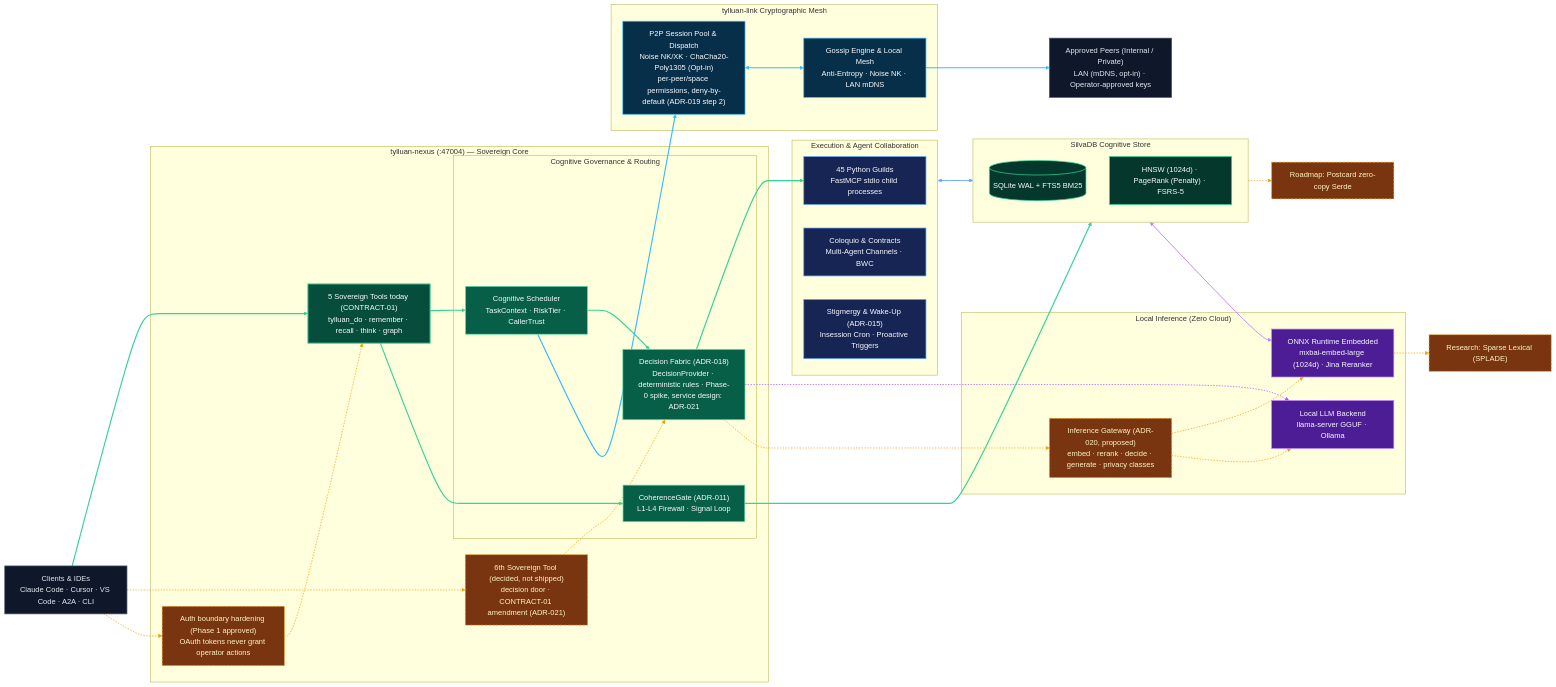
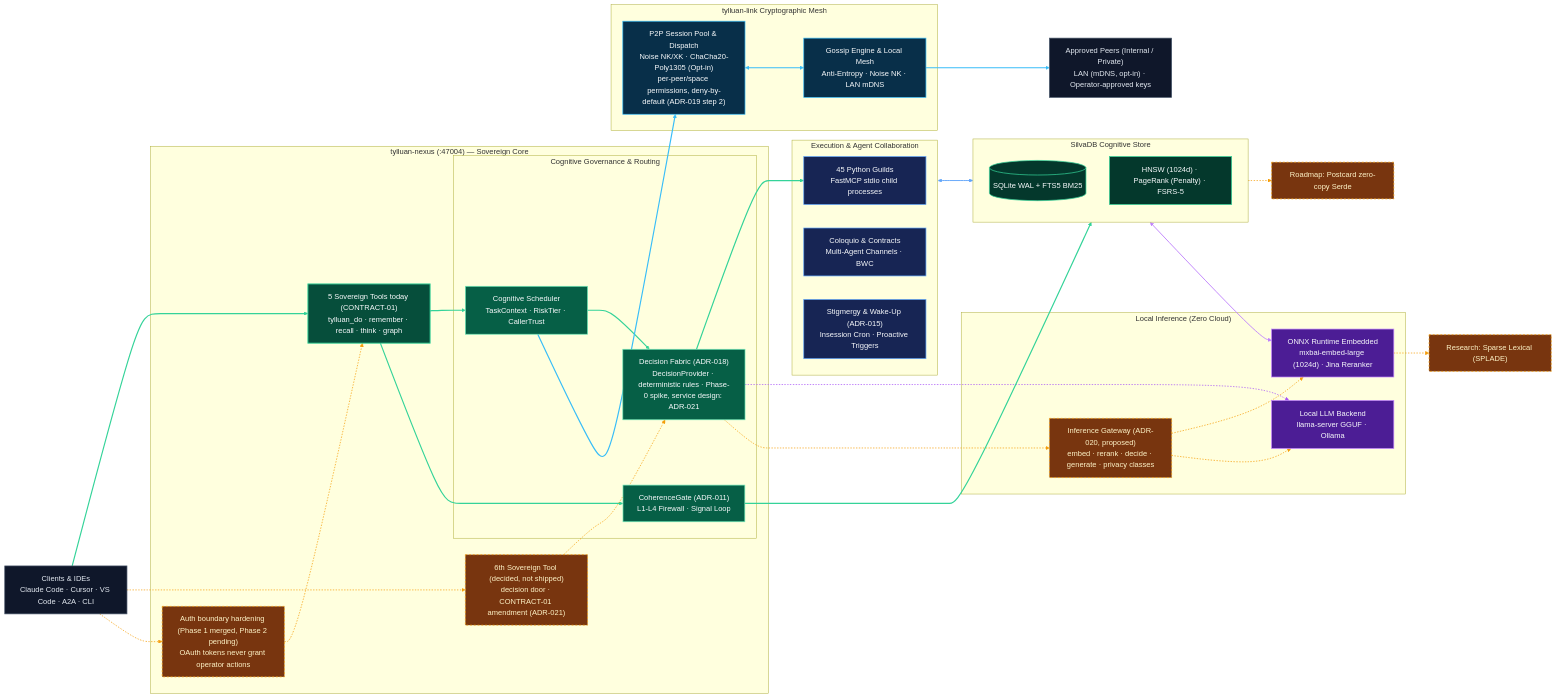
One commit to Forja-orca/tylluan changed the diagram in README.md. Above: the diagram before and after it, drawn with Mermaid. The commit also changed other lines of this file and 6 other files, not shown here.

First line of the commit message:
docs: mark OAuth Phase 1 merged, sync counts and roadmap state

```diff
--- a/README.md
+++ b/README.md
@@ -367,7 +367,7 @@
   subgraph SOVEREIGN["tylluan-nexus (:47004) — Sovereign Core"]
     TOOLS["5 Sovereign Tools today (CONTRACT-01)<br/>tylluan_do · remember · recall · think · graph"]
     TOOL6["6th Sovereign Tool (decided, not shipped)<br/>decision door · CONTRACT-01 amendment (ADR-021)"]:::future
-    AUTH["Auth boundary hardening (Phase 1 approved)<br/>OAuth tokens never grant operator actions"]:::future
+    AUTH["Auth boundary hardening (Phase 1 merged, Phase 2 pending)<br/>OAuth tokens never grant operator actions"]:::future
 
     subgraph GOVERN["Cognitive Governance & Routing"]
       SCHED["Cognitive Scheduler<br/>TaskContext · RiskTier · CallerTrust"]
```
